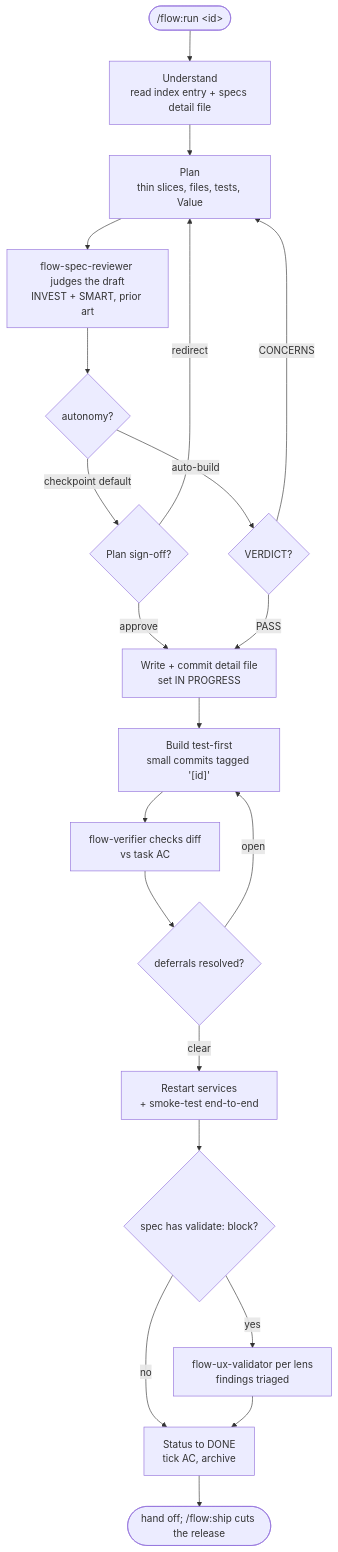
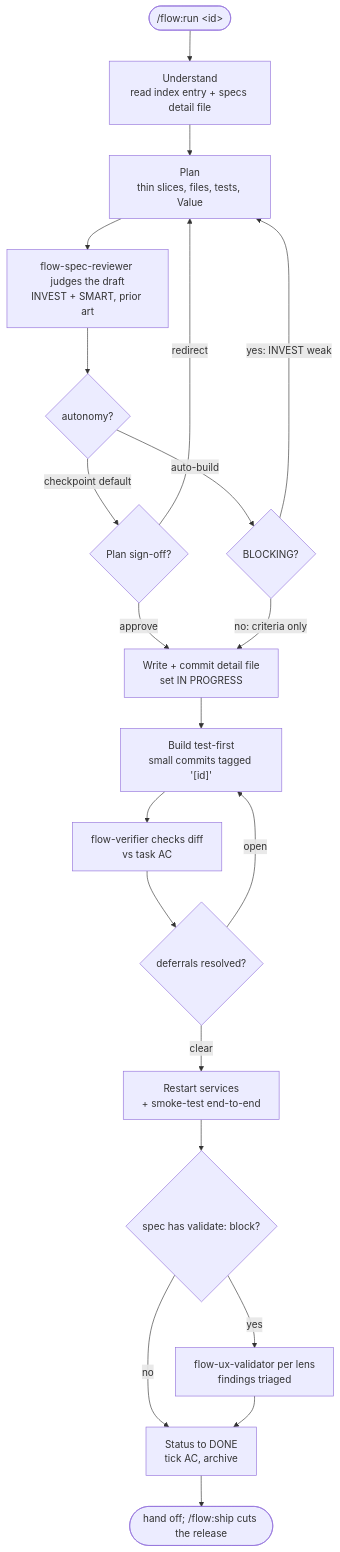
Before and after one commit to liminalarc/flow-toolkit: the diagram in README.md, drawn with Mermaid. The commit also changed other lines of this file and 8 other files, not shown here.

First line of the commit message:
[1.20] feat: severity-tier the auto-build gate on BLOCKING (INVEST-level)

````diff
--- a/README.md
+++ b/README.md
@@ -96,23 +96,23 @@
 ```mermaid
 flowchart TD
     Start(["/flow:run &lt;id&gt;"]) --> U[Understand<br/>read index entry + specs detail file]
     U --> P[Plan<br/>thin slices, files, tests, Value]
     P --> SR["flow-spec-reviewer judges the draft<br/>INVEST + SMART, prior art"]
     SR --> Mode{autonomy?}
     Mode -->|checkpoint default| CP{Plan sign-off?}
     CP -->|redirect| P
     CP -->|approve| Write[Write + commit detail file<br/>set IN PROGRESS]
-    Mode -->|auto-build| SB{VERDICT?}
-    SB -->|CONCERNS| P
-    SB -->|PASS| Write
+    Mode -->|auto-build| SB{BLOCKING?}
+    SB -->|"yes: INVEST weak"| P
+    SB -->|"no: criteria only"| Write
     Write --> Build["Build test-first<br/>small commits tagged '[id]'"]
     Build --> Verify[flow-verifier checks diff<br/>vs task AC]
     Verify --> Gate{deferrals resolved?}
     Gate -->|open| Build
     Gate -->|clear| Smoke[Restart services<br/>+ smoke-test end-to-end]
     Smoke --> VGate{spec has validate: block?}
     VGate -->|yes| VUX[flow-ux-validator per lens<br/>findings triaged]
     VGate -->|no| Done[Status to DONE<br/>tick AC, archive]
     VUX --> Done
     Done --> End([hand off; /flow:ship cuts the release])
 ```
````
